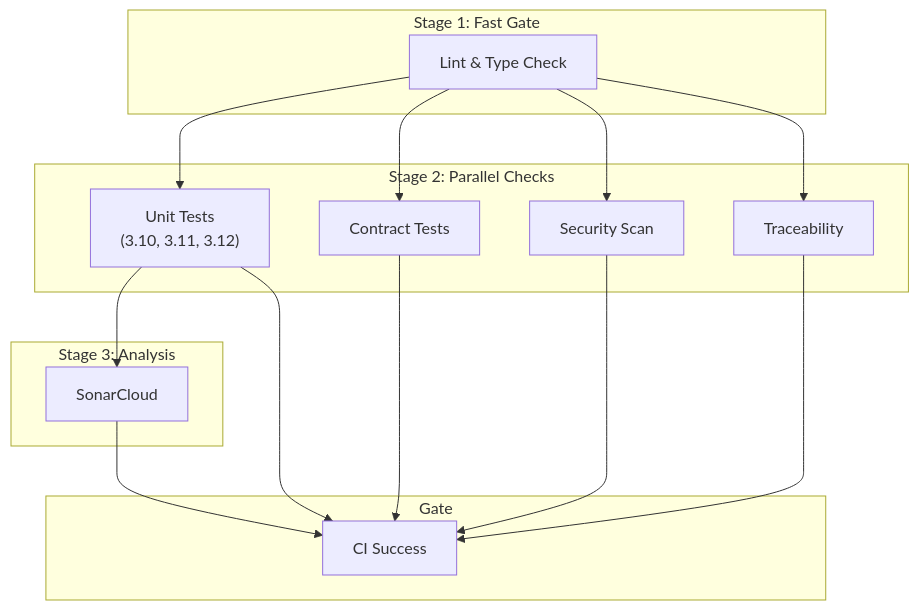
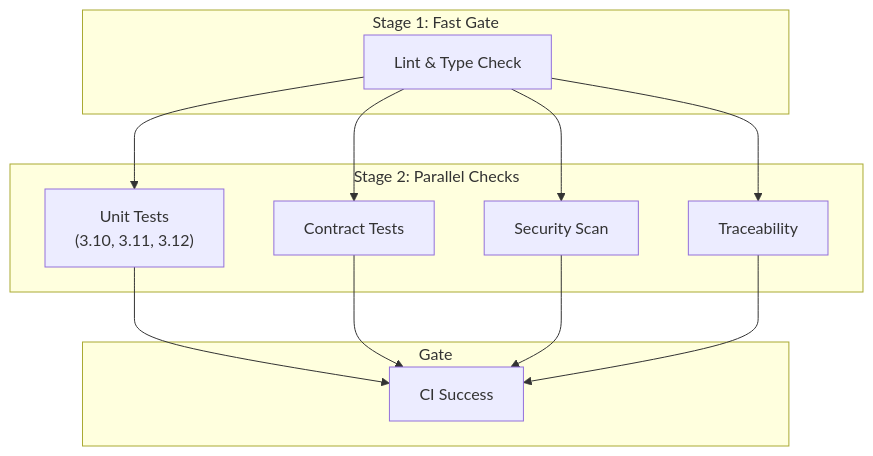
One commit to Obsidian-Owl/floe changed the first of 2 diagrams in .github/CI.md. Above: the diagram before and after it, drawn with Mermaid. The commit also changed other lines of this file and 264 other files, not shown here.

````diff
--- a/.github/CI.md
+++ b/.github/CI.md
@@ -26,32 +26,26 @@
 ```mermaid
 flowchart TB
     subgraph LINT ["Stage 1: Fast Gate"]
         L["Lint & Type Check"]
     end
 
     subgraph PARALLEL ["Stage 2: Parallel Checks"]
         U["Unit Tests<br/>(3.10, 3.11, 3.12)"]
         C["Contract Tests"]
         S["Security Scan"]
         T["Traceability"]
     end
 
-    subgraph ANALYSIS ["Stage 3: Analysis"]
-        SC["SonarCloud"]
-    end
-
     subgraph GATE ["Gate"]
         SUCCESS["CI Success"]
     end
 
     L --> U
     L --> C
     L --> S
     L --> T
-    U --> SC
     U --> SUCCESS
     C --> SUCCESS
     S --> SUCCESS
     T --> SUCCESS
-    SC --> SUCCESS
 ```
````
